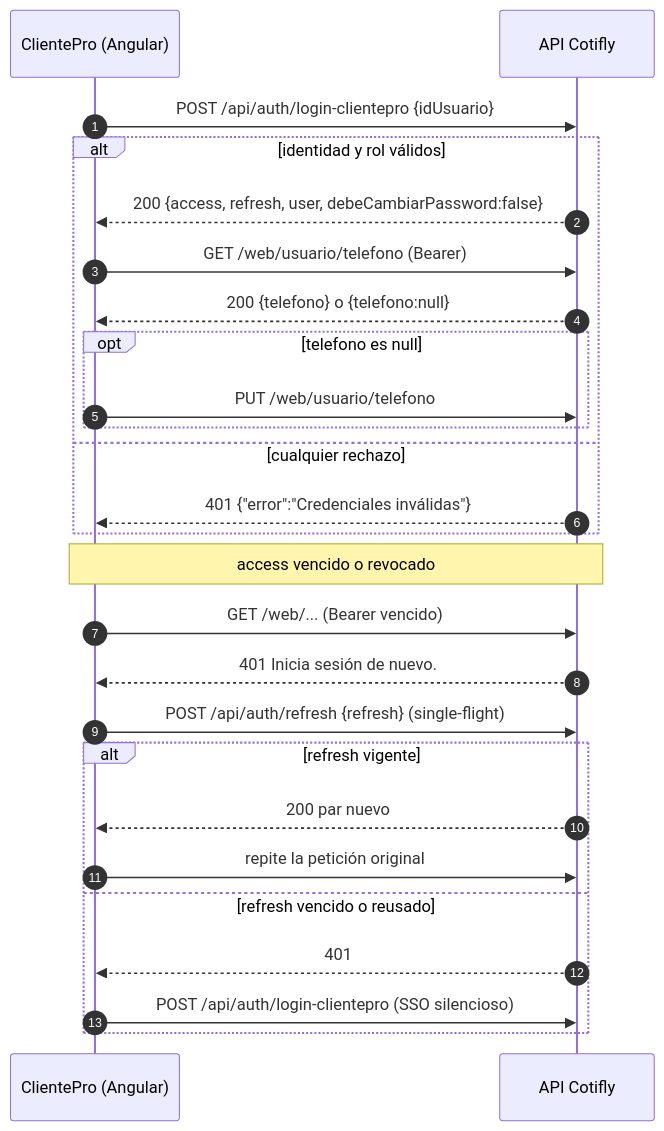
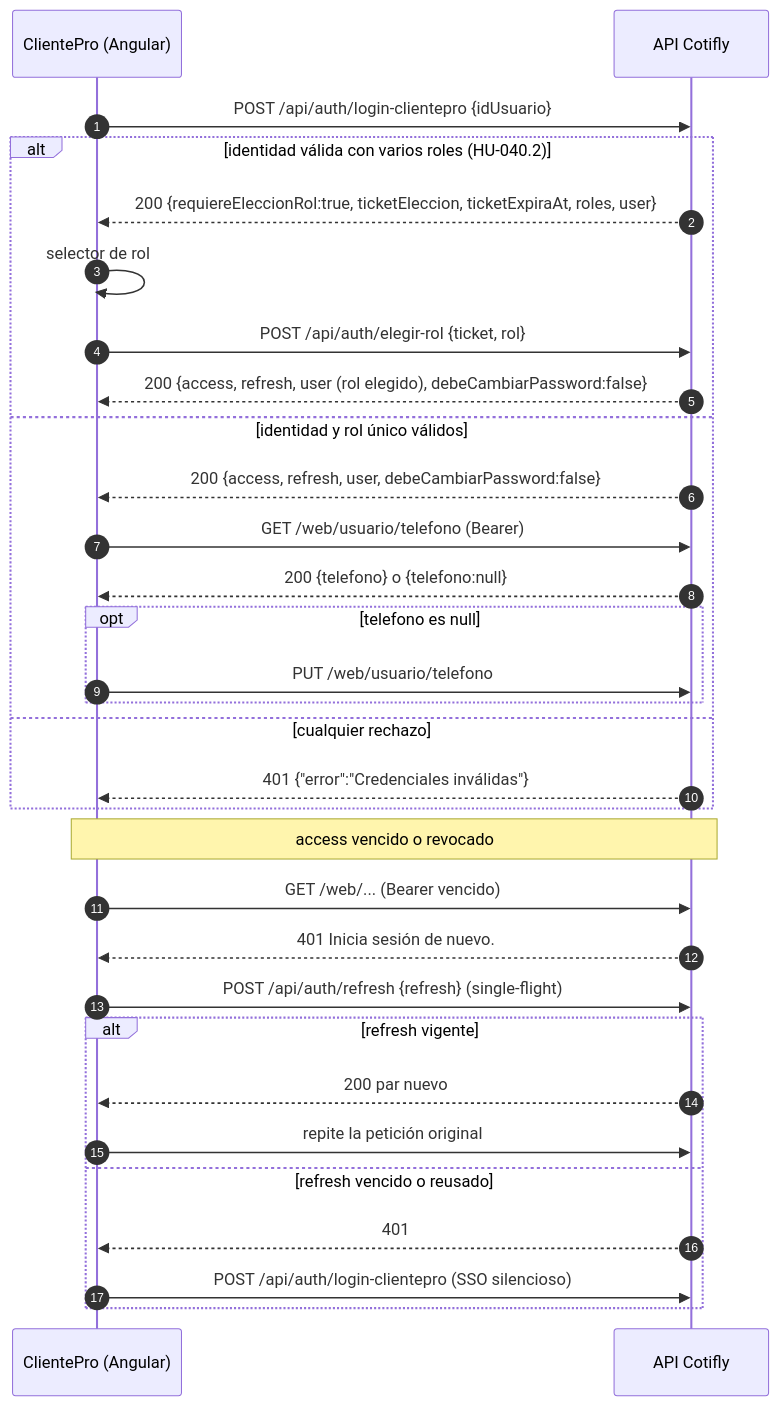
The first of 7 diagrams in docs/docs_front/CONTRATOS_API_COTIFLY_FRONTEND.md (InnovacionIA-proyectos/Cotifly), drawn with Mermaid before and after one commit. The commit also changed other lines of this file and 3 other files, not shown here.

Commit message:
#230: contrato del login multi-rol y de elegir-rol (openapi y guías del frontend)

````diff
--- a/docs/docs_front/CONTRATOS_API_COTIFLY_FRONTEND.md
+++ b/docs/docs_front/CONTRATOS_API_COTIFLY_FRONTEND.md
@@ -419,28 +438,33 @@
 ```mermaid
 sequenceDiagram
     autonumber
     participant CP as ClientePro (Angular)
     participant API as API Cotifly
     CP->>API: POST /api/auth/login-clientepro {idUsuario}
-    alt identidad y rol válidos
+    alt identidad válida con varios roles (HU-040.2)
+        API-->>CP: 200 {requiereEleccionRol:true, ticketEleccion, ticketExpiraAt, roles, user}
+        CP->>CP: selector de rol
+        CP->>API: POST /api/auth/elegir-rol {ticket, rol}
+        API-->>CP: 200 {access, refresh, user (rol elegido), debeCambiarPassword:false}
+    else identidad y rol único válidos
         API-->>CP: 200 {access, refresh, user, debeCambiarPassword:false}
         CP->>API: GET /web/usuario/telefono (Bearer)
         API-->>CP: 200 {telefono} o {telefono:null}
         opt telefono es null
             CP->>API: PUT /web/usuario/telefono
         end
     else cualquier rechazo
         API-->>CP: 401 {"error":"Credenciales inválidas"}
     end
     Note over CP,API: access vencido o revocado
     CP->>API: GET /web/... (Bearer vencido)
     API-->>CP: 401 Inicia sesión de nuevo.
     CP->>API: POST /api/auth/refresh {refresh} (single-flight)
     alt refresh vigente
         API-->>CP: 200 par nuevo
         CP->>API: repite la petición original
     else refresh vencido o reusado
         API-->>CP: 401
         CP->>API: POST /api/auth/login-clientepro (SSO silencioso)
     end
 ```
````
